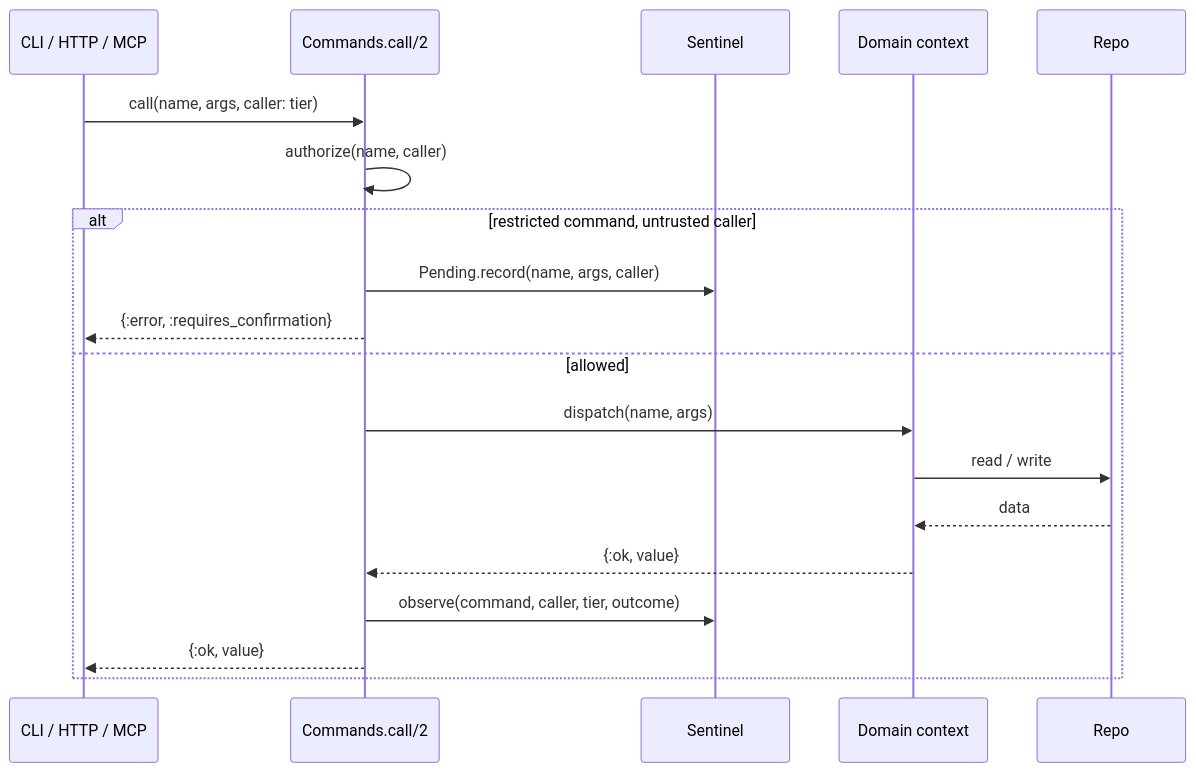
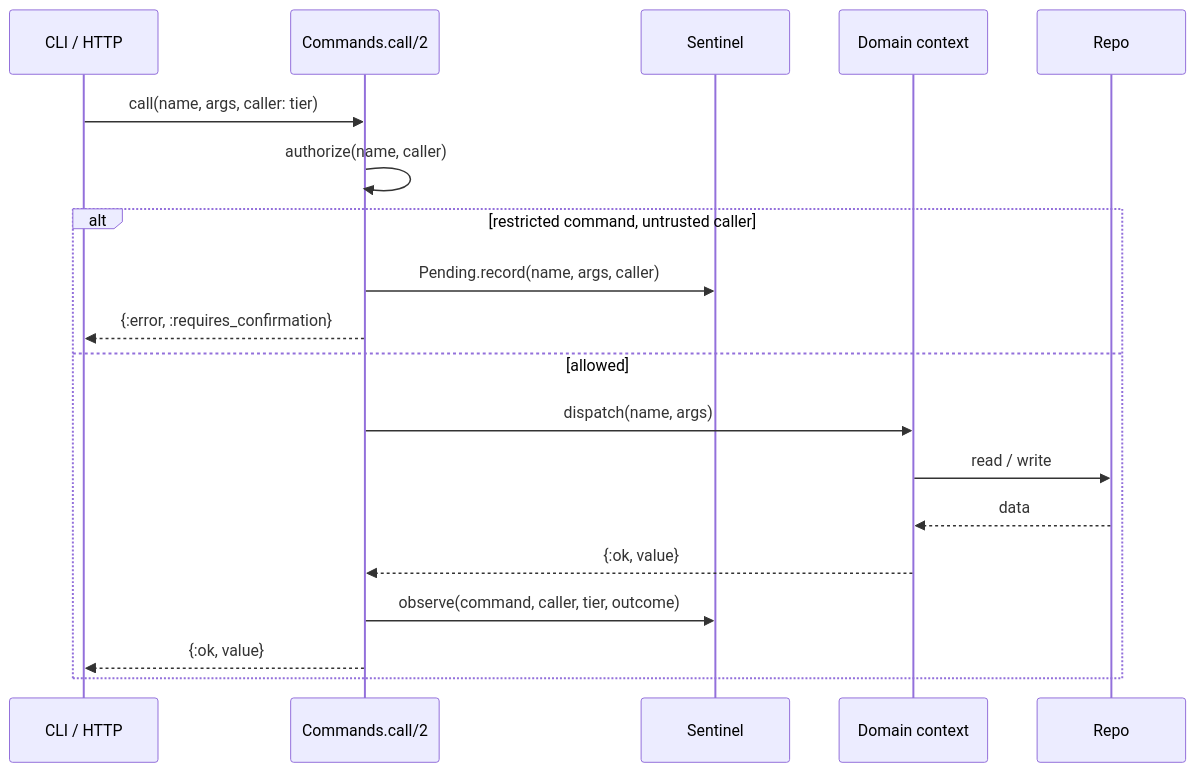
The sixth of 8 diagrams in docs/UML.md (hightowerbuilds/buster-claw), drawn with Mermaid before and after one commit. The commit also changed other lines of this file and 82 other files, not shown here.

````diff
--- a/docs/UML.md
+++ b/docs/UML.md
@@ -313,22 +249,22 @@
 ```mermaid
 sequenceDiagram
-    participant Caller as CLI / HTTP / MCP
+    participant Caller as CLI / HTTP
     participant Commands as Commands.call/2
     participant Sentinel
     participant Context as Domain context
     participant Repo
 
     Caller->>Commands: call(name, args, caller: tier)
     Commands->>Commands: authorize(name, caller)
     alt restricted command, untrusted caller
         Commands->>Sentinel: Pending.record(name, args, caller)
         Commands-->>Caller: {:error, :requires_confirmation}
     else allowed
         Commands->>Context: dispatch(name, args)
         Context->>Repo: read / write
         Repo-->>Context: data
         Context-->>Commands: {:ok, value}
         Commands->>Sentinel: observe(command, caller, tier, outcome)
         Commands-->>Caller: {:ok, value}
     end
 ```
````
